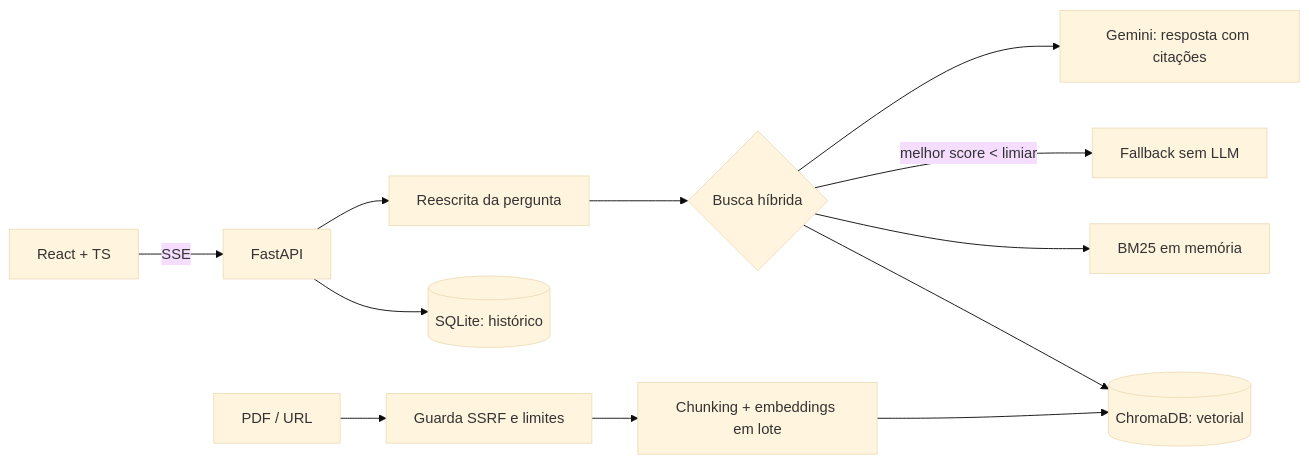
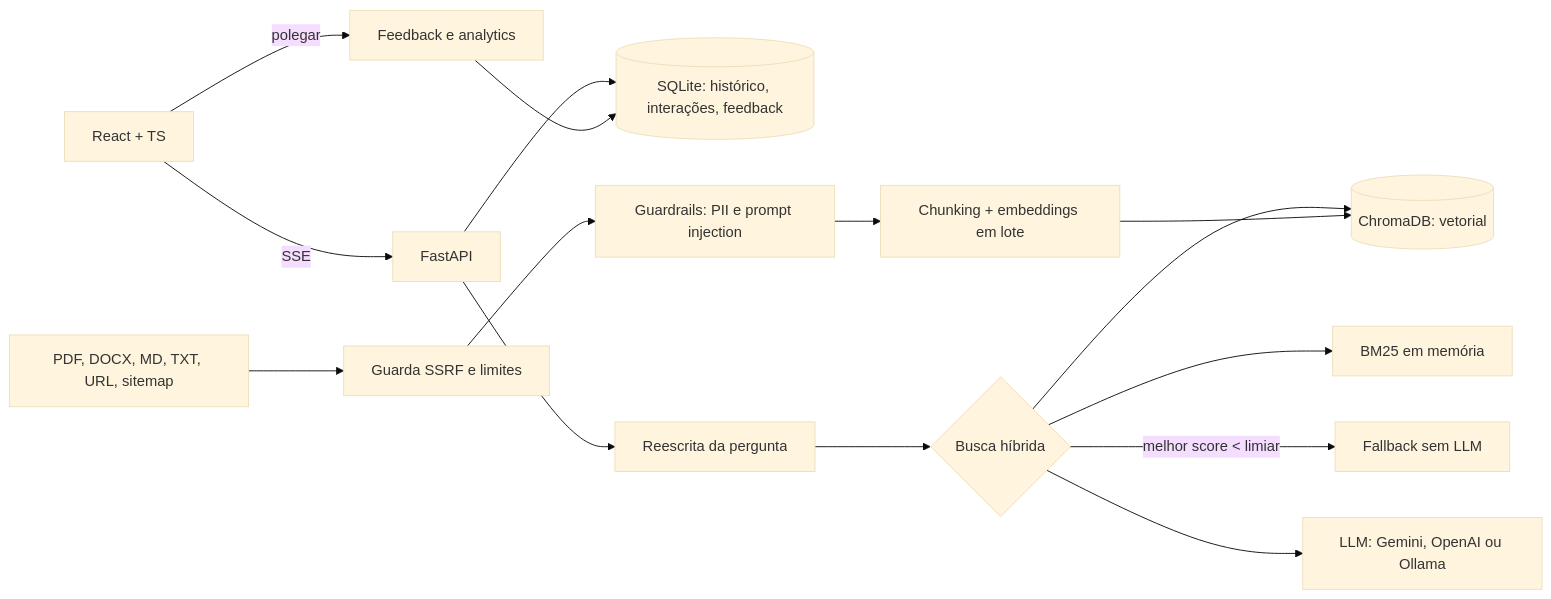
The diagram in README.md (Pedroaruana/SuportBot), drawn with Mermaid (base theme) before and after one commit. The commit also changed other lines of this file, not shown here.

Commit message:
readme: llm configuravel, formatos, guardrails e analytics

````diff
--- a/README.md
+++ b/README.md
@@ -40,12 +44,13 @@
 ```mermaid
 flowchart LR
   UI[React + TS] -- SSE --> API[FastAPI]
-  API --> H[(SQLite: histórico)]
+  API --> H[(SQLite: histórico, interações, feedback)]
   API --> C[Reescrita da pergunta]
   C --> R{Busca híbrida}
   R --> V[(ChromaDB: vetorial)]
   R --> B[BM25 em memória]
   R -- melhor score < limiar --> F[Fallback sem LLM]
-  R --> L[Gemini: resposta com citações]
-  UP[PDF / URL] --> G[Guarda SSRF e limites] --> I[Chunking + embeddings em lote] --> V
+  R --> L[LLM: Gemini, OpenAI ou Ollama]
+  UI -- polegar --> FB[Feedback e analytics] --> H
+  UP[PDF, DOCX, MD, TXT, URL, sitemap] --> G[Guarda SSRF e limites] --> P[Guardrails: PII e prompt injection] --> I[Chunking + embeddings em lote] --> V
 ```
````
